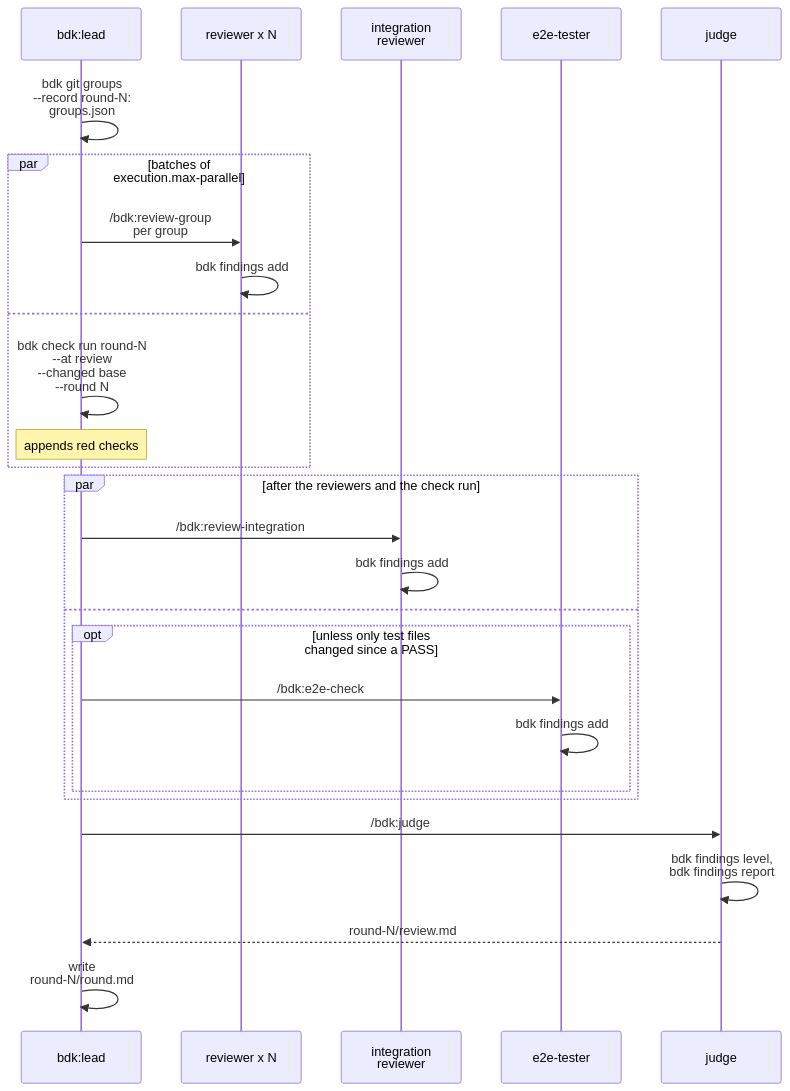
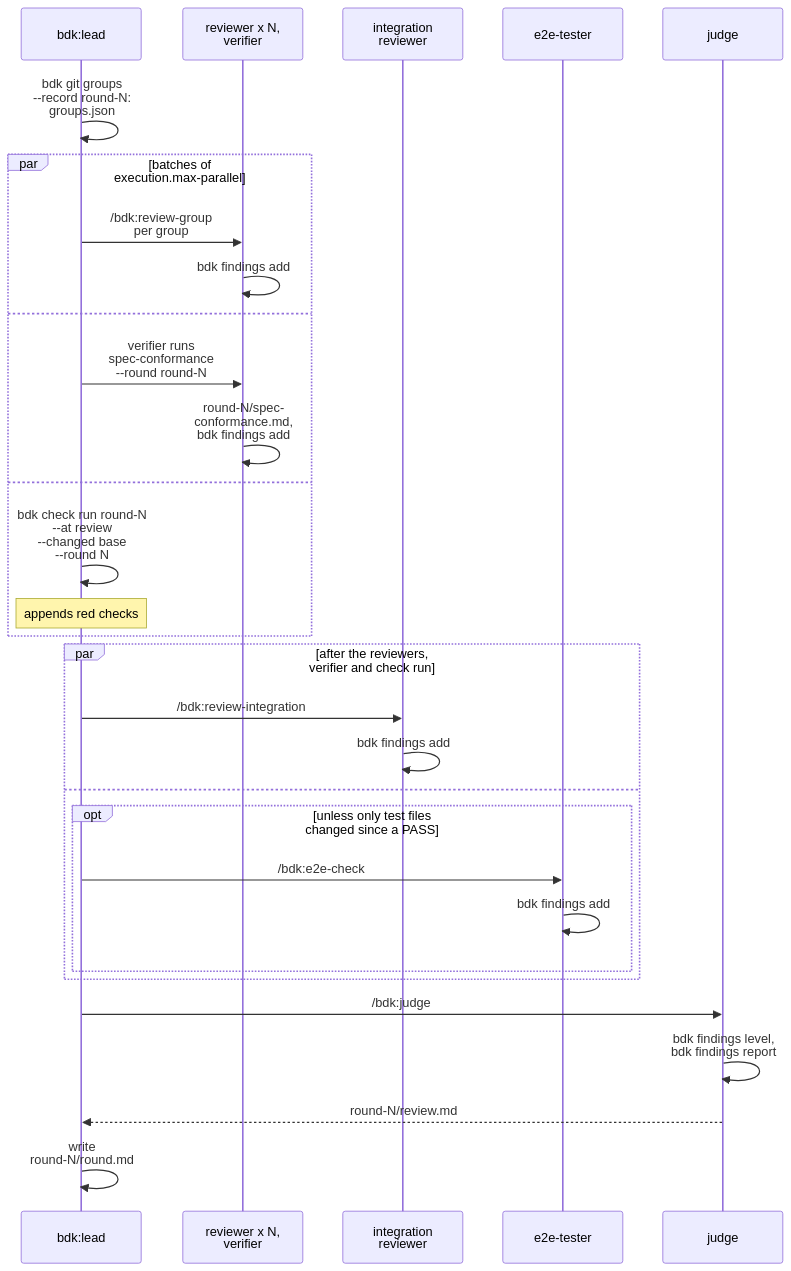
Before and after one commit to broneq/bdk: diagram 11 of 16 in docs/concepts/orchestrators.md, drawn with Mermaid. The commit also changed other lines of this file and 75 other files, not shown here.

First line of the commit message:
feat(skills): check spec conformance in every review round

````diff
--- a/docs/concepts/orchestrators.md
+++ b/docs/concepts/orchestrators.md
@@ -255,29 +255,32 @@
 ```mermaid
 sequenceDiagram
   participant L as bdk:lead
-  participant R as reviewer x N
+  participant R as reviewer x N,<br/>verifier
   participant I as integration<br/>reviewer
   participant E as e2e-tester
   participant J as judge
   L->>L: bdk git groups<br/>--record round-N:<br/>groups.json
   par batches of<br/>execution.max-parallel
     L->>R: /bdk:review-group<br/>per group
     R->>R: bdk findings add
   and
+    L->>R: verifier runs<br/>spec-conformance<br/>--round round-N
+    R->>R: round-N/spec-<br/>conformance.md,<br/>bdk findings add
+  and
     L->>L: bdk check run round-N<br/>--at review<br/>--changed base<br/>--round N
     Note over L: appends red checks
   end
-  par after the reviewers and the check run
+  par after the reviewers,<br/>verifier and check run
     L->>I: /bdk:review-integration
     I->>I: bdk findings add
   and
     opt unless only test files<br/>changed since a PASS
       L->>E: /bdk:e2e-check
       E->>E: bdk findings add
     end
   end
   L->>J: /bdk:judge
   J->>J: bdk findings level,<br/>bdk findings report
   J-->>L: round-N/review.md
   L->>L: write<br/>round-N/round.md
 ```
````
